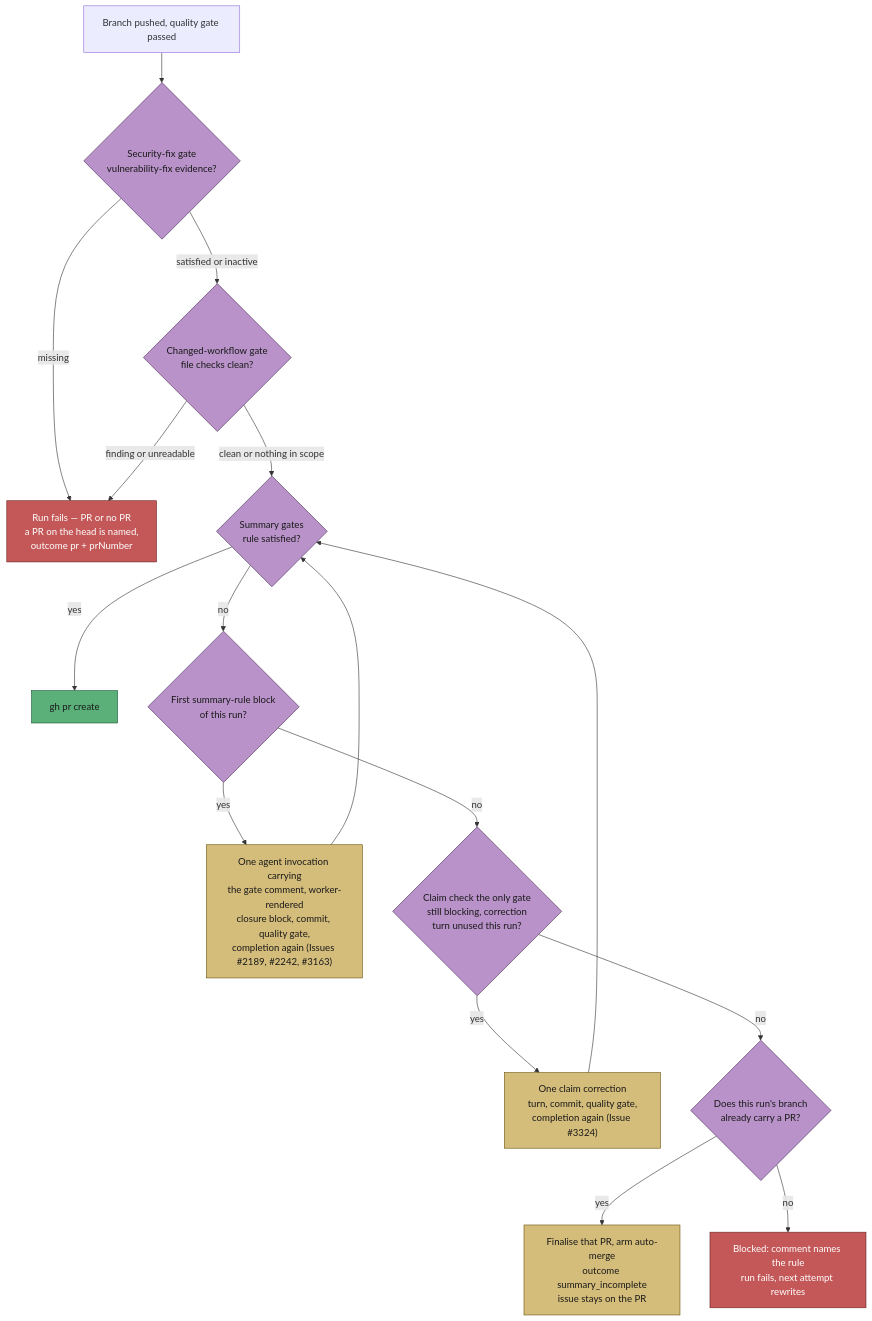
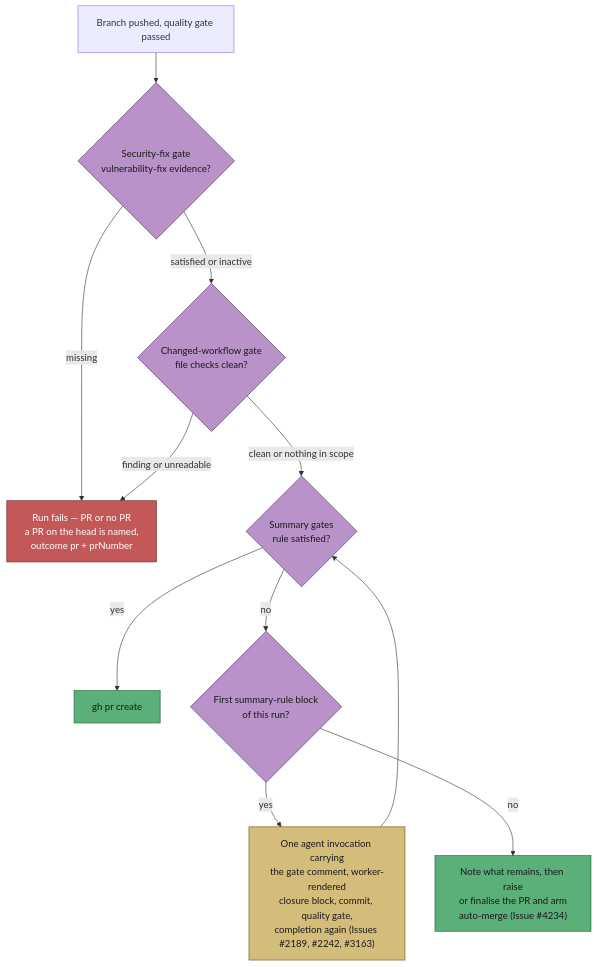
Before and after one commit to stSoftwareAU/VibeCoder: diagram 14 of 17 in docs/workflows/issue-processing.md, drawn with Mermaid. The commit also changed other lines of this file and 719 other files, not shown here.

First line of the commit message:
One-off command to clear failed labels left by worker gates (Issue #4132) (#4355)

````diff
--- a/docs/workflows/issue-processing.md
+++ b/docs/workflows/issue-processing.md
@@ -2769,30 +1287,21 @@
 ```mermaid
 flowchart TD
     A["Branch pushed, quality gate passed"] --> SEC{"Security-fix gate<br/>vulnerability-fix evidence?"}
     SEC -->|"missing"| F2["Run fails — PR or no PR<br/>a PR on the head is named,<br/>outcome pr + prNumber"]
     SEC -->|"satisfied or inactive"| WF{"Changed-workflow gate<br/>file checks clean?"}
     WF -->|"finding or unreadable"| F2
     WF -->|"clean or nothing in scope"| G{"Summary gates<br/>rule satisfied?"}
     G -->|yes| PR["gh pr create"]
     G -->|no| R{"First summary-rule block<br/>of this run?"}
     R -->|yes| RT["One agent invocation carrying<br/>the gate comment, worker-rendered<br/>closure block, commit, quality gate,<br/>completion again (Issues #2189, #2242, #3163)"]
     RT --> G
-    R -->|no| CC{"Claim check the only gate<br/>still blocking, correction<br/>turn unused this run?"}
-    CC -->|yes| CT["One claim correction<br/>turn, commit, quality gate,<br/>completion again (Issue #3324)"]
-    CT --> G
-    CC -->|no| Q{"Does this run's branch<br/>already carry a PR?"}
-    Q -->|yes| S["Finalise that PR, arm auto-merge<br/>outcome summary_incomplete<br/>issue stays on the PR"]
-    Q -->|no| F["Blocked: comment names the rule<br/>run fails, next attempt rewrites"]
+    R -->|no| N["Note what remains, then raise<br/>or finalise the PR and arm<br/>auto-merge (Issue #4234)"]
     style SEC fill:#b892c8,stroke:#4a2d5a,color:#1a1a1a
     style WF fill:#b892c8,stroke:#4a2d5a,color:#1a1a1a
     style G fill:#b892c8,stroke:#4a2d5a,color:#1a1a1a
-    style Q fill:#b892c8,stroke:#4a2d5a,color:#1a1a1a
     style R fill:#b892c8,stroke:#4a2d5a,color:#1a1a1a
     style RT fill:#d4bc7a,stroke:#6b5510,color:#1a1a1a
-    style CC fill:#b892c8,stroke:#4a2d5a,color:#1a1a1a
-    style CT fill:#d4bc7a,stroke:#6b5510,color:#1a1a1a
     style PR fill:#5ab078,stroke:#1d5a35,color:#1a1a1a
-    style S fill:#d4bc7a,stroke:#6b5510,color:#1a1a1a
-    style F fill:#c45858,stroke:#6b2020,color:#fff
+    style N fill:#5ab078,stroke:#1d5a35,color:#1a1a1a
     style F2 fill:#c45858,stroke:#6b2020,color:#fff
 ```
````
